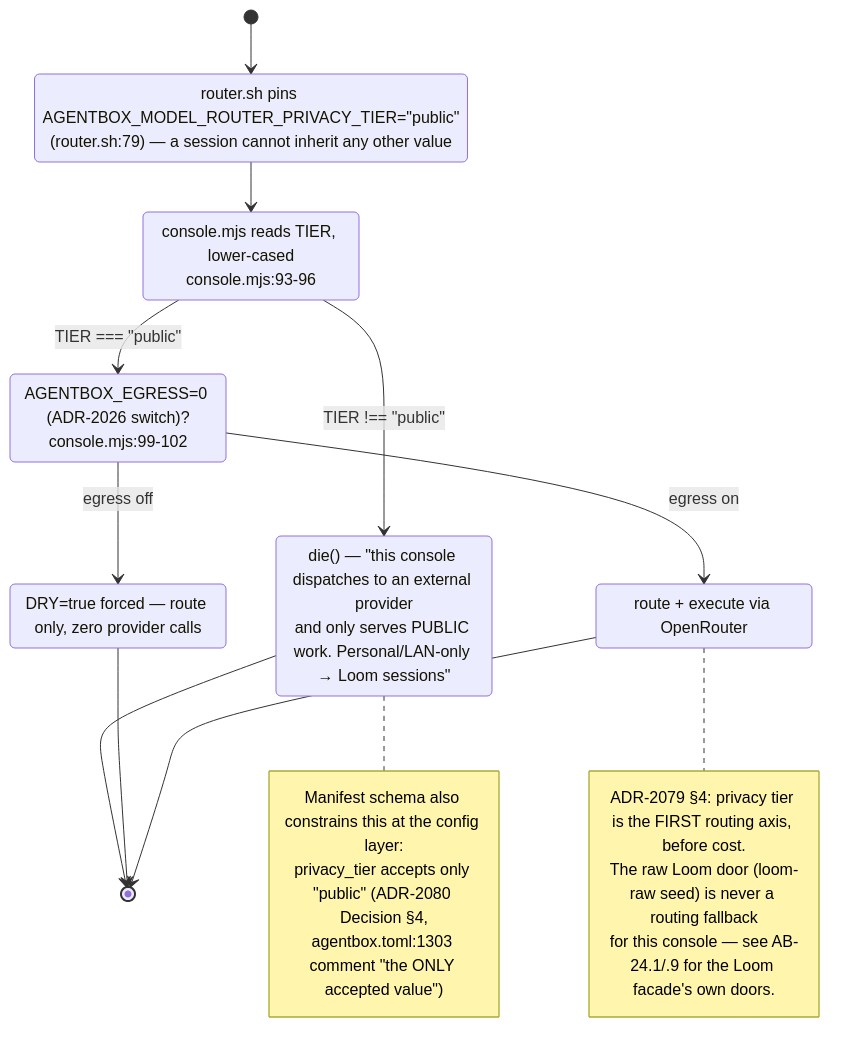
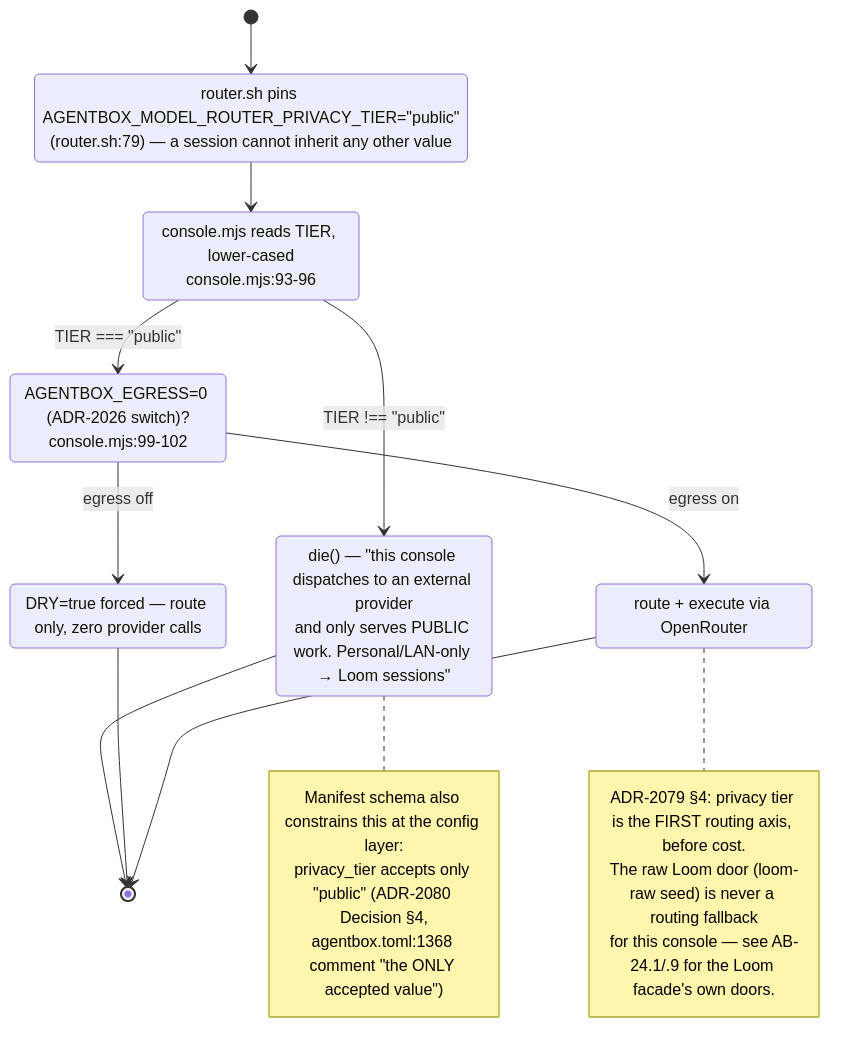
Before and after one commit to DreamLab-AI/VisionFlow: the sixth of 9 diagrams in docs/diagrams/agentbox/29-metaharness-router-console.md, drawn with Mermaid. The commit also changed other lines of this file and 136 other files, not shown here.

First line of the commit message:
docs(diagrams): refresh the whole corpus to code HEAD and prune low-value diagrams

````diff
--- a/docs/diagrams/agentbox/29-metaharness-router-console.md
+++ b/docs/diagrams/agentbox/29-metaharness-router-console.md
@@ -205,28 +205,28 @@
 ```mermaid
 stateDiagram-v2
     [*] --> WrapperCheck
     WrapperCheck: router.sh pins AGENTBOX_MODEL_ROUTER_PRIVACY_TIER="public"<br/>(router.sh:79) — a session cannot inherit any other value
     WrapperCheck --> ConsoleCheck
     ConsoleCheck: console.mjs reads TIER, lower-cased<br/>console.mjs:93-96
     ConsoleCheck --> Refused: TIER !== "public"
     ConsoleCheck --> EgressCheck: TIER === "public"
     Refused: die() — "this console dispatches to an external provider<br/>and only serves PUBLIC work. Personal/LAN-only → Loom sessions"
     Refused --> [*]
     EgressCheck: AGENTBOX_EGRESS=0 (ADR-2026 switch)?<br/>console.mjs:99-102
     EgressCheck --> DryRunForced: egress off
     EgressCheck --> NormalRun: egress on
     DryRunForced: DRY=true forced — route only, zero provider calls
     NormalRun: route + execute via OpenRouter
     DryRunForced --> [*]
     NormalRun --> [*]
     note right of Refused
         Manifest schema also constrains this at the config layer:
         privacy_tier accepts only "public" (ADR-2080 Decision §4,
-        agentbox.toml:1303 comment "the ONLY accepted value")
+        agentbox.toml:1368 comment "the ONLY accepted value")
     end note
     note right of NormalRun
         ADR-2079 §4: privacy tier is the FIRST routing axis, before cost.
         The raw Loom door (loom-raw seed) is never a routing fallback
         for this console — see AB-24.1/.9 for the Loom facade's own doors.
     end note
 ```
````
